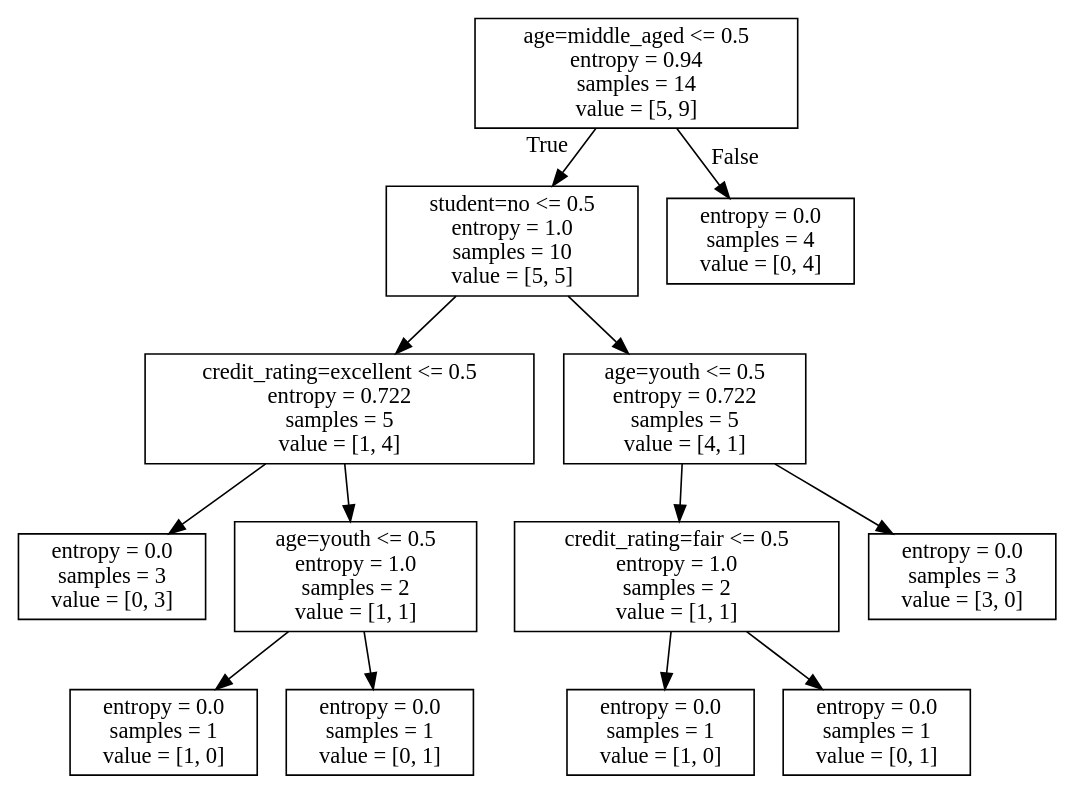
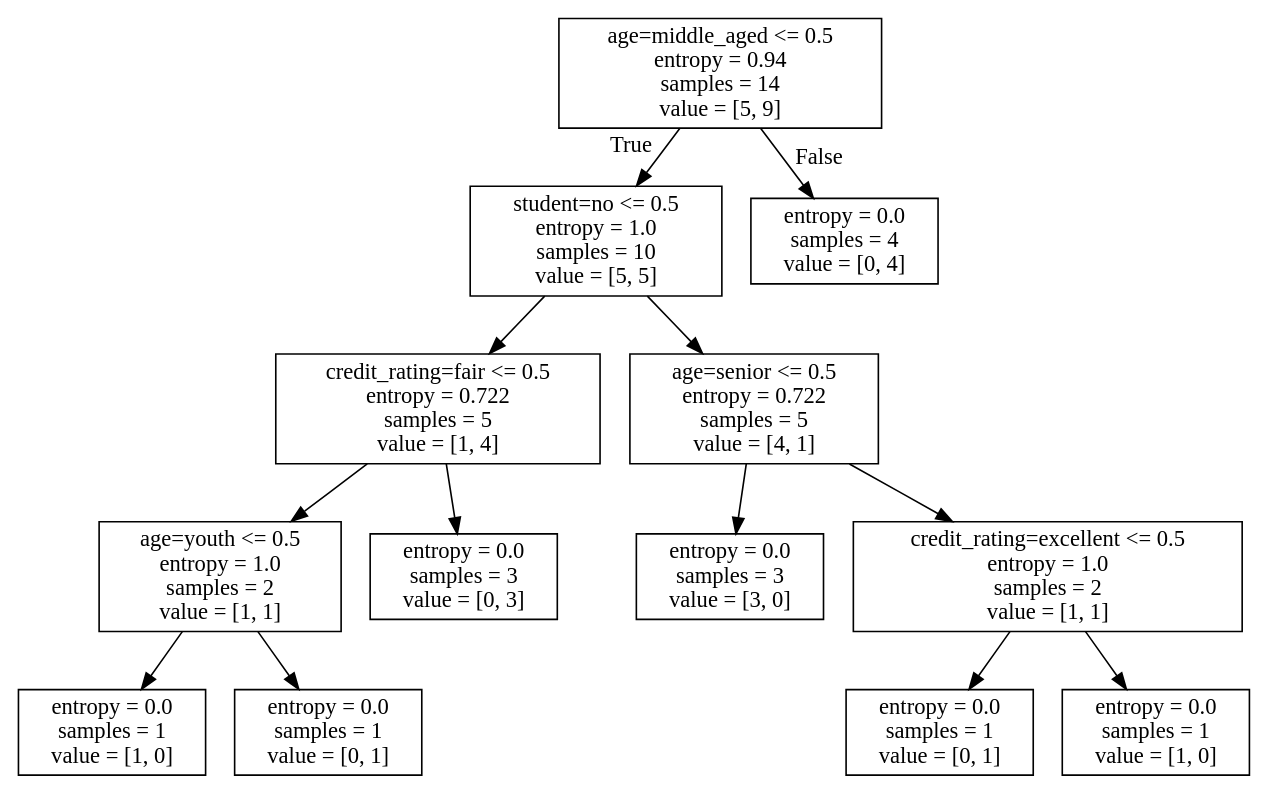
Before and after one commit to a907471325/mlAlgorithm: the diagram in knn/allElectronicInformationGainOri.dot, drawn with Graphviz. The commit also changed 1 other file, not shown here.

```diff
--- a/knn/allElectronicInformationGainOri.dot
+++ b/knn/allElectronicInformationGainOri.dot
@@ -1,28 +1,28 @@
 digraph Tree {
 node [shape=box] ;
 0 [label="age=middle_aged <= 0.5\nentropy = 0.94\nsamples = 14\nvalue = [5, 9]"] ;
 1 [label="student=no <= 0.5\nentropy = 1.0\nsamples = 10\nvalue = [5, 5]"] ;
 0 -> 1 [labeldistance=2.5, labelangle=45, headlabel="True"] ;
-2 [label="credit_rating=excellent <= 0.5\nentropy = 0.722\nsamples = 5\nvalue = [1, 4]"] ;
+2 [label="credit_rating=fair <= 0.5\nentropy = 0.722\nsamples = 5\nvalue = [1, 4]"] ;
 1 -> 2 ;
-3 [label="entropy = 0.0\nsamples = 3\nvalue = [0, 3]"] ;
+3 [label="age=youth <= 0.5\nentropy = 1.0\nsamples = 2\nvalue = [1, 1]"] ;
 2 -> 3 ;
-4 [label="age=youth <= 0.5\nentropy = 1.0\nsamples = 2\nvalue = [1, 1]"] ;
-2 -> 4 ;
-5 [label="entropy = 0.0\nsamples = 1\nvalue = [1, 0]"] ;
-4 -> 5 ;
-6 [label="entropy = 0.0\nsamples = 1\nvalue = [0, 1]"] ;
-4 -> 6 ;
-7 [label="age=youth <= 0.5\nentropy = 0.722\nsamples = 5\nvalue = [4, 1]"] ;
+4 [label="entropy = 0.0\nsamples = 1\nvalue = [1, 0]"] ;
+3 -> 4 ;
+5 [label="entropy = 0.0\nsamples = 1\nvalue = [0, 1]"] ;
+3 -> 5 ;
+6 [label="entropy = 0.0\nsamples = 3\nvalue = [0, 3]"] ;
+2 -> 6 ;
+7 [label="age=senior <= 0.5\nentropy = 0.722\nsamples = 5\nvalue = [4, 1]"] ;
 1 -> 7 ;
-8 [label="credit_rating=fair <= 0.5\nentropy = 1.0\nsamples = 2\nvalue = [1, 1]"] ;
+8 [label="entropy = 0.0\nsamples = 3\nvalue = [3, 0]"] ;
 7 -> 8 ;
-9 [label="entropy = 0.0\nsamples = 1\nvalue = [1, 0]"] ;
-8 -> 9 ;
+9 [label="credit_rating=excellent <= 0.5\nentropy = 1.0\nsamples = 2\nvalue = [1, 1]"] ;
+7 -> 9 ;
 10 [label="entropy = 0.0\nsamples = 1\nvalue = [0, 1]"] ;
-8 -> 10 ;
-11 [label="entropy = 0.0\nsamples = 3\nvalue = [3, 0]"] ;
-7 -> 11 ;
+9 -> 10 ;
+11 [label="entropy = 0.0\nsamples = 1\nvalue = [1, 0]"] ;
+9 -> 11 ;
 12 [label="entropy = 0.0\nsamples = 4\nvalue = [0, 4]"] ;
 0 -> 12 [labeldistance=2.5, labelangle=-45, headlabel="False"] ;
 }
```
